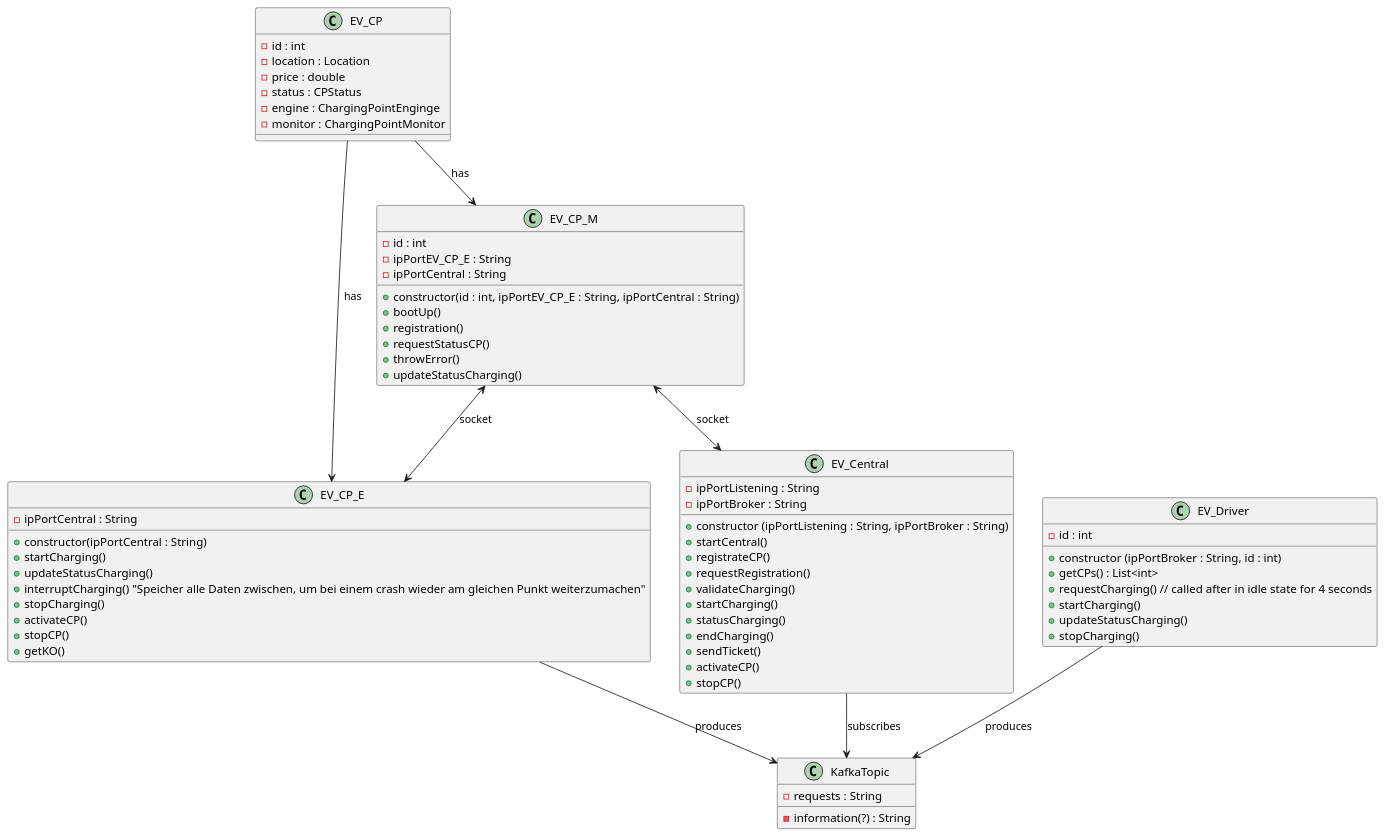
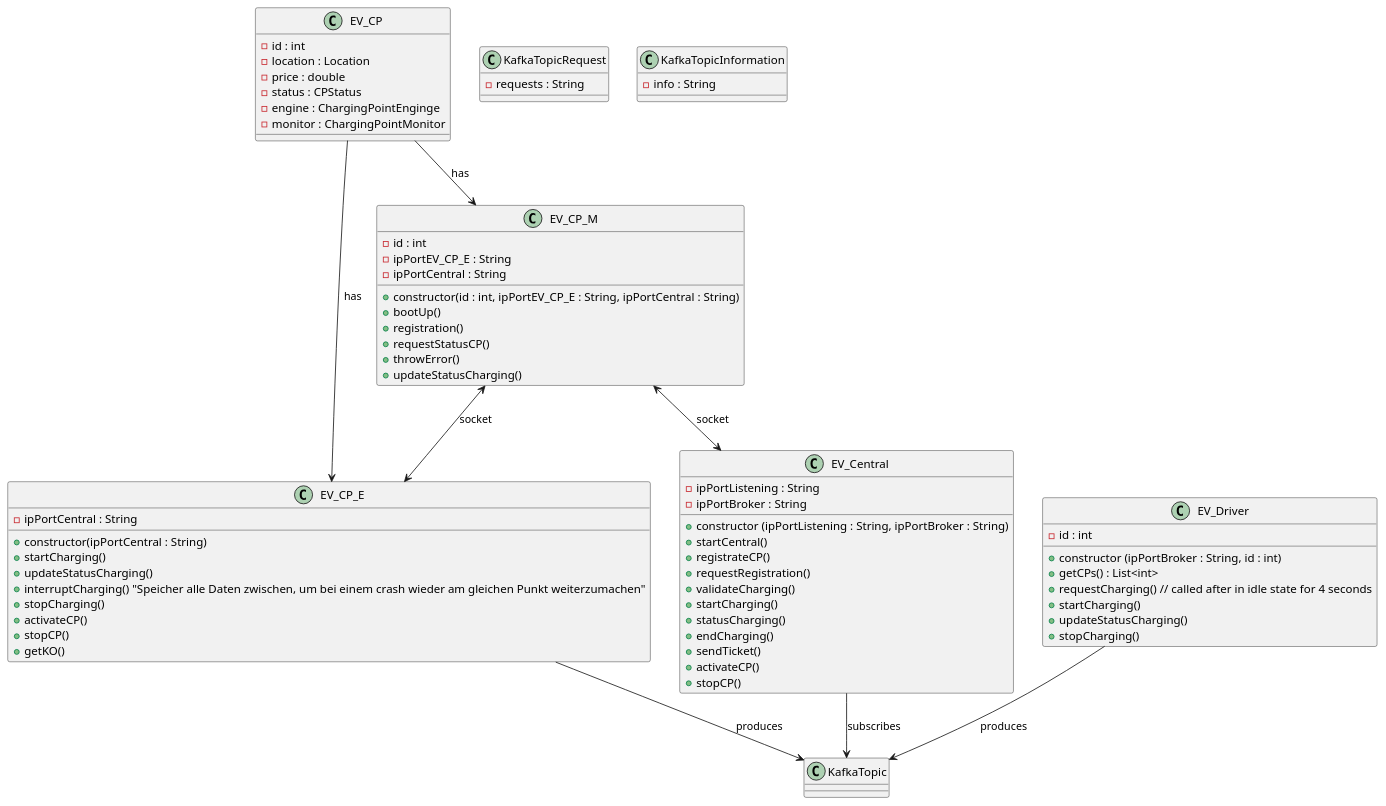
One commit to Jowa24/Sistemas_distribuidos changed the diagram in kafka_2.13-4.1.0/classDiagram.puml. Above: the diagram before and after it, drawn with PlantUML.

Commit message:
added new Kafka topic in diagram

```diff
--- a/kafka_2.13-4.1.0/classDiagram.puml
+++ b/kafka_2.13-4.1.0/classDiagram.puml
@@ -1,79 +1,82 @@
 @startuml 
 class EV_Central {
     - ipPortListening : String
     - ipPortBroker : String
     + constructor (ipPortListening : String, ipPortBroker : String)
     + startCentral()
     + registrateCP()
     + requestRegistration()
     + validateCharging() 
     + startCharging()
     + statusCharging()
     + endCharging()
     + sendTicket()
     + activateCP()
     + stopCP()
 }
 
 
 class EV_CP {
     - id : int
     - location : Location
     - price : double
     - status : CPStatus
     - engine : ChargingPointEnginge
     - monitor : ChargingPointMonitor
 }
 
 class EV_CP_E {
     - ipPortCentral : String
     + constructor(ipPortCentral : String)
     + startCharging()
     + updateStatusCharging()
     + interruptCharging() "Speicher alle Daten zwischen, um bei einem crash wieder am gleichen Punkt weiterzumachen"
     + stopCharging()
     + activateCP()
     + stopCP()
     + getKO()
 }
 
 class EV_CP_M {
     - id : int
     - ipPortEV_CP_E : String
     - ipPortCentral : String
     + constructor(id : int, ipPortEV_CP_E : String, ipPortCentral : String)
     + bootUp()
     + registration()
     + requestStatusCP()
     + throwError()
     + updateStatusCharging()
 }
 
 class EV_Driver {
     - id : int
     + constructor (ipPortBroker : String, id : int)
     + getCPs() : List<int>
     + requestCharging() // called after in idle state for 4 seconds
     + startCharging() 
     + updateStatusCharging()
     + stopCharging()
 }
 
-class KafkaTopic {
+class KafkaTopicRequest {
     - requests : String
-    - information(?) : String
+}
+
+class KafkaTopicInformation {
+    - info : String
 }
 
 
 EV_Central--> KafkaTopic : subscribes
 EV_CP_E --> KafkaTopic  : produces
 EV_Driver --> KafkaTopic : produces
 
 EV_CP --> EV_CP_E : has
 EV_CP --> EV_CP_M : has
 
 EV_CP_M <--> EV_CP_E : socket
 EV_CP_M <--> EV_Central : socket
 
 
 @enduml
```
